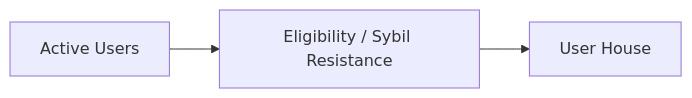
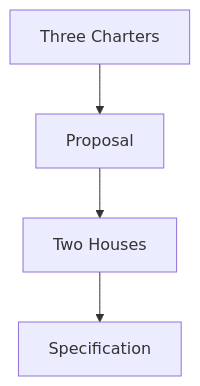
Before and after one commit to ShigeichiroYamasaki/creator-first-platform: the tenth of 23 diagrams in docs/whitepaper/07-governance.md, drawn with Mermaid. The commit also changed other lines of this file and 1 other file, not shown here.

````diff
--- a/docs/whitepaper/07-governance.md
+++ b/docs/whitepaper/07-governance.md
@@ -227,9 +468,9 @@
 ```mermaid
-flowchart LR
-    USERS[Active Users]
-    ELIGIBLE[Eligibility / Sybil Resistance]
-    UH[User House]
+flowchart TD
+    CHARTERS[Three Charters]
+    PROPOSAL[Proposal]
+    HOUSES[Two Houses]
+    SPEC[Specification]
 
-    USERS --> ELIGIBLE
-    ELIGIBLE --> UH
+    CHARTERS --> PROPOSAL --> HOUSES --> SPEC
 ```
````
